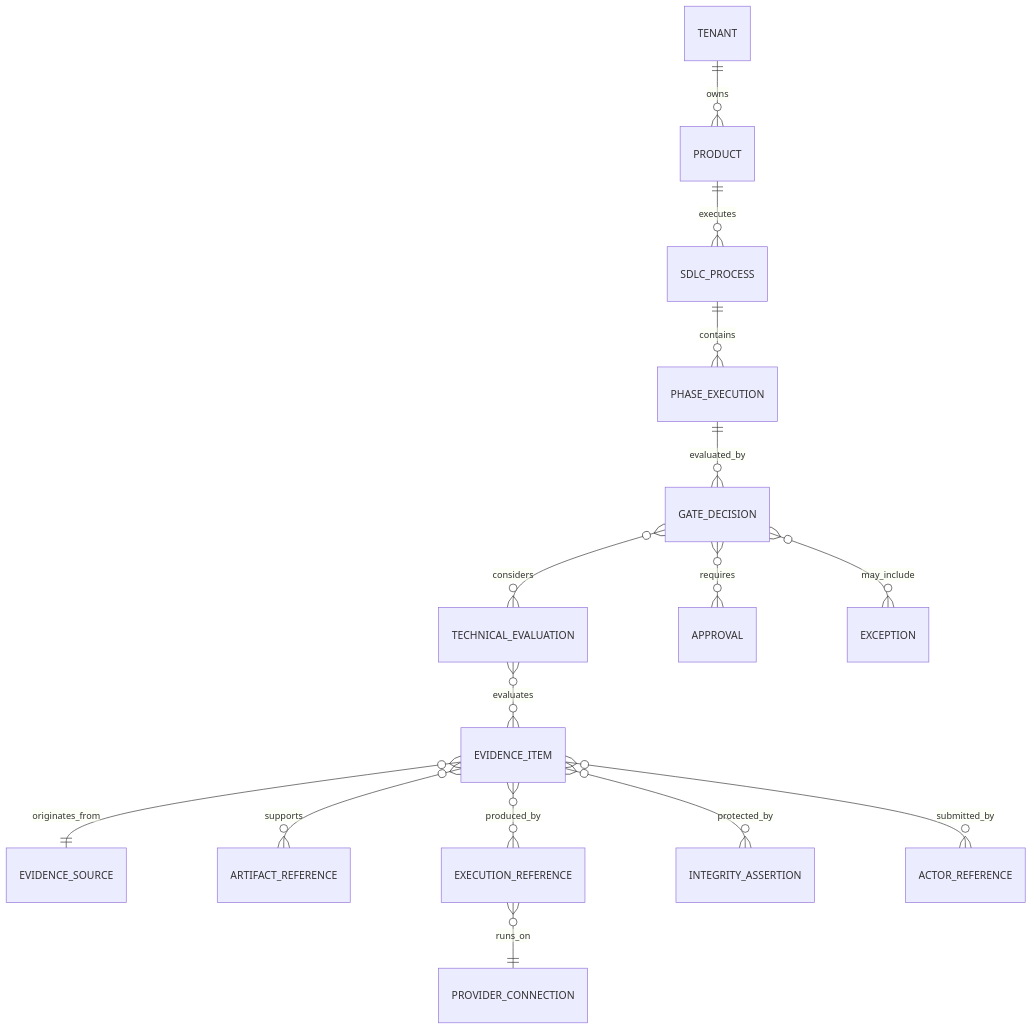
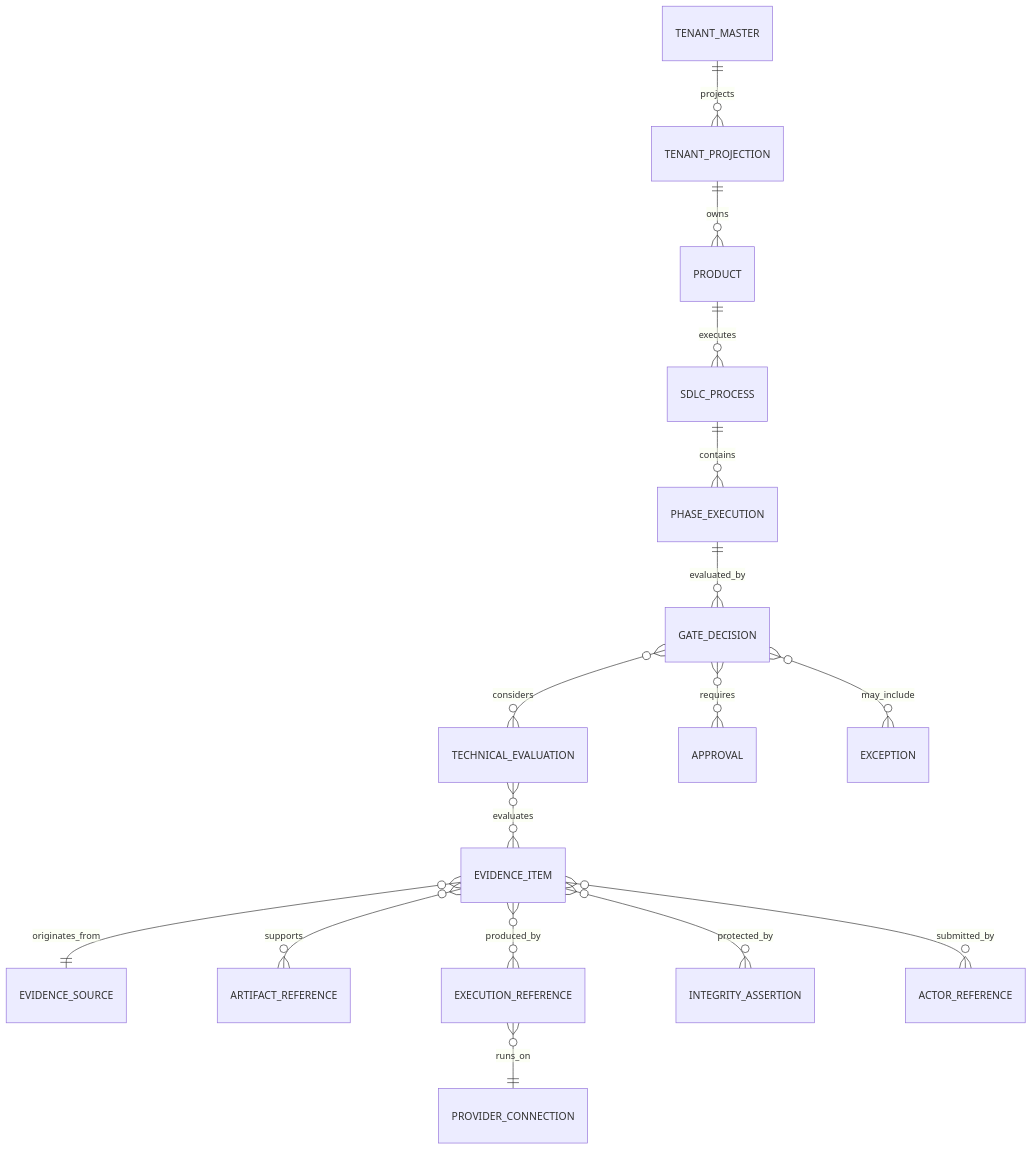
Before and after one commit to beyondnetcode/evolith_arch32: the fifth of 8 diagrams in product/suite/architecture/evolith-governed-composition-target-design.md, drawn with Mermaid. The commit also changed other lines of this file and 5 other files, not shown here.

Commit message:
docs: define tenant master projections

````diff
--- a/product/suite/architecture/evolith-governed-composition-target-design.md
+++ b/product/suite/architecture/evolith-governed-composition-target-design.md
@@ -231,17 +292,18 @@
 ```mermaid
 erDiagram
-    TENANT ||--o{ PRODUCT : owns
+    TENANT_MASTER ||--o{ TENANT_PROJECTION : projects
+    TENANT_PROJECTION ||--o{ PRODUCT : owns
     PRODUCT ||--o{ SDLC_PROCESS : executes
     SDLC_PROCESS ||--o{ PHASE_EXECUTION : contains
     PHASE_EXECUTION ||--o{ GATE_DECISION : evaluated_by
     GATE_DECISION }o--o{ TECHNICAL_EVALUATION : considers
     GATE_DECISION }o--o{ APPROVAL : requires
     GATE_DECISION }o--o{ EXCEPTION : may_include
     TECHNICAL_EVALUATION }o--o{ EVIDENCE_ITEM : evaluates
     EVIDENCE_ITEM }o--|| EVIDENCE_SOURCE : originates_from
     EVIDENCE_ITEM }o--o{ ARTIFACT_REFERENCE : supports
     EVIDENCE_ITEM }o--o{ EXECUTION_REFERENCE : produced_by
     EXECUTION_REFERENCE }o--|| PROVIDER_CONNECTION : runs_on
     EVIDENCE_ITEM }o--o{ INTEGRITY_ASSERTION : protected_by
     EVIDENCE_ITEM }o--o{ ACTOR_REFERENCE : submitted_by
 ```
````
